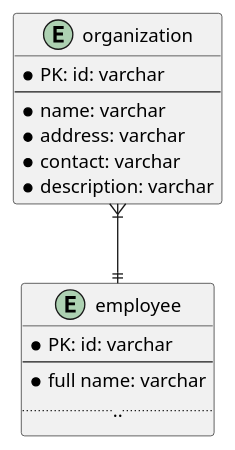
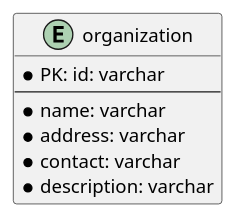
One commit to VictoriaKh-T/Payslip_platform changed the diagram in documentation/er-diagram/script/organization.puml. Above: the diagram before and after it, drawn with PlantUML. The commit also changed 21 other files, not shown here.

```diff
--- a/documentation/er-diagram/script/organization.puml
+++ b/documentation/er-diagram/script/organization.puml
@@ -1,22 +1,12 @@
 @startuml
 'https://plantuml.com/ie-diagram
 
 entity "organization" as org {
 * PK: id: varchar
 --
 * name: varchar
 * address: varchar
 * contact: varchar
 * description: varchar
 }
-
-
-entity "employee" as empl {
-* PK: id: varchar
---
-* full name: varchar
-......
-}
-
-org }|--|| empl
 @enduml
```
